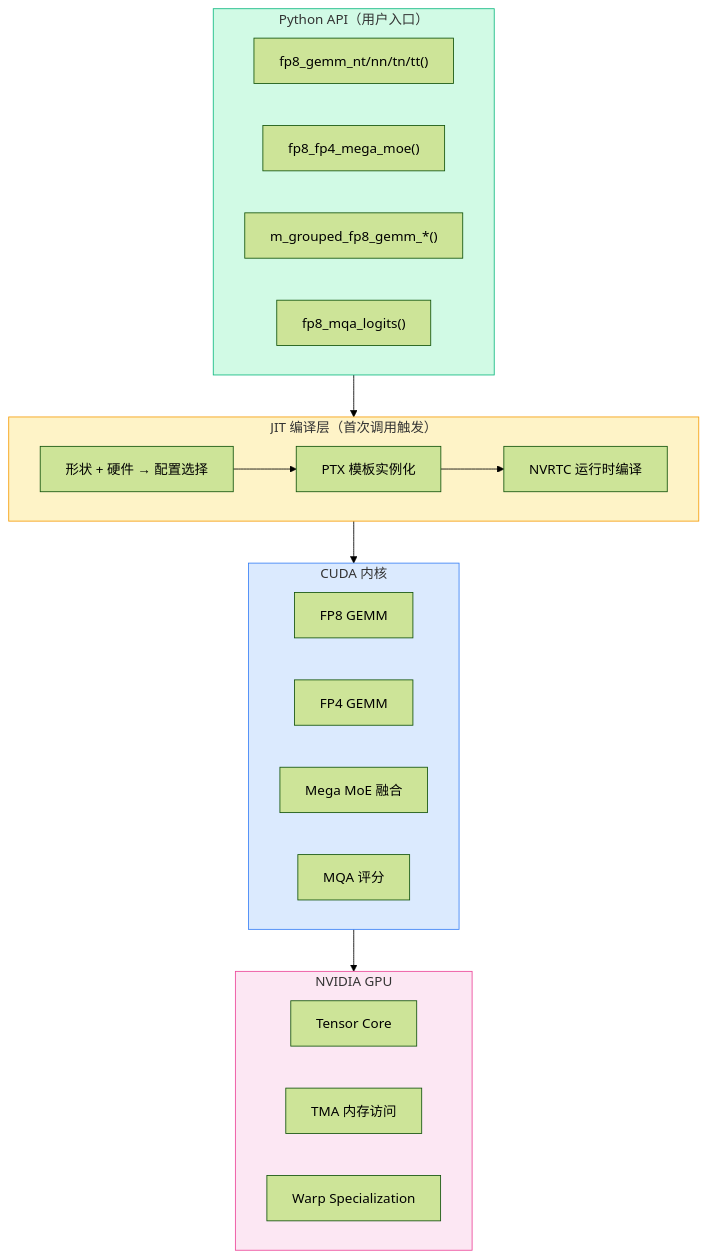
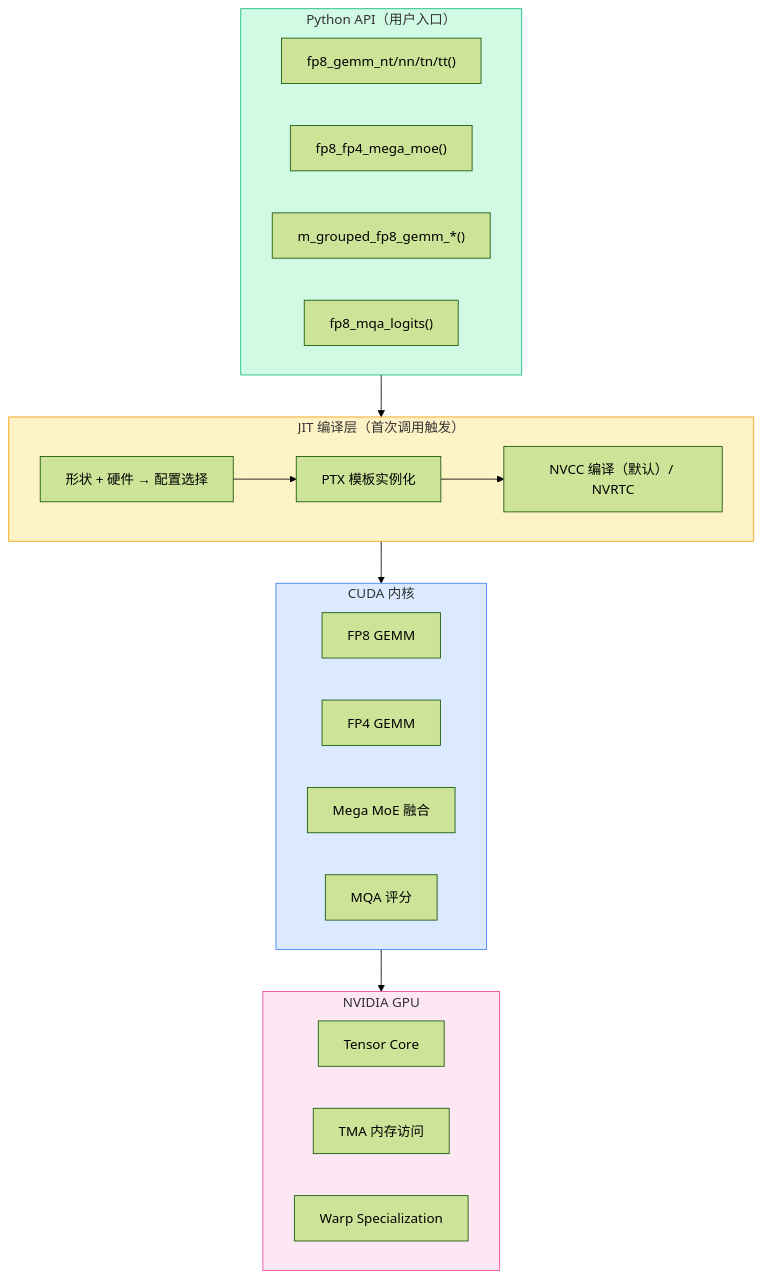
The first of 5 diagrams in content/posts/tech/deepgemm-high-performance-fp8-gemm-kernels.md (A1pha3/text-matrix), drawn with Mermaid (forest theme) before and after one commit. The commit also changed other lines of this file and 18 other files, not shown here.

````diff
--- a/content/posts/tech/deepgemm-high-performance-fp8-gemm-kernels.md
+++ b/content/posts/tech/deepgemm-high-performance-fp8-gemm-kernels.md
@@ -46,38 +20,38 @@
 ```mermaid
 flowchart TB
     subgraph Python["Python API（用户入口）"]
         GEMM["fp8_gemm_nt/nn/tn/tt()"]
         MOE["fp8_fp4_mega_moe()"]
         GROUP["m_grouped_fp8_gemm_*()"]
         MQA["fp8_mqa_logits()"]
     end
 
     subgraph JIT["JIT 编译层（首次调用触发）"]
         CONFIG["形状 + 硬件 → 配置选择"]
         TEMPLATE["PTX 模板实例化"]
-        NVRTC["NVRTC 运行时编译"]
+        NVRTC["NVCC 编译（默认）/ NVRTC"]
         CONFIG --> TEMPLATE --> NVRTC
     end
 
     subgraph Kernels["CUDA 内核"]
         FP8G["FP8 GEMM"]
         FP4G["FP4 GEMM"]
         MEGA["Mega MoE 融合"]
         MQAK["MQA 评分"]
     end
 
     subgraph Hardware["NVIDIA GPU"]
         TC["Tensor Core"]
         TMA["TMA 内存访问"]
         WARP["Warp Specialization"]
     end
 
     Python --> JIT
     JIT --> Kernels
     Kernels --> Hardware
 
     style Python fill:#d1fae5,stroke:#10b981
     style JIT fill:#fef3c7,stroke:#f59e0b
     style Kernels fill:#dbeafe,stroke:#3b82f6
     style Hardware fill:#fce7f3,stroke:#ec4899
 ```
````
